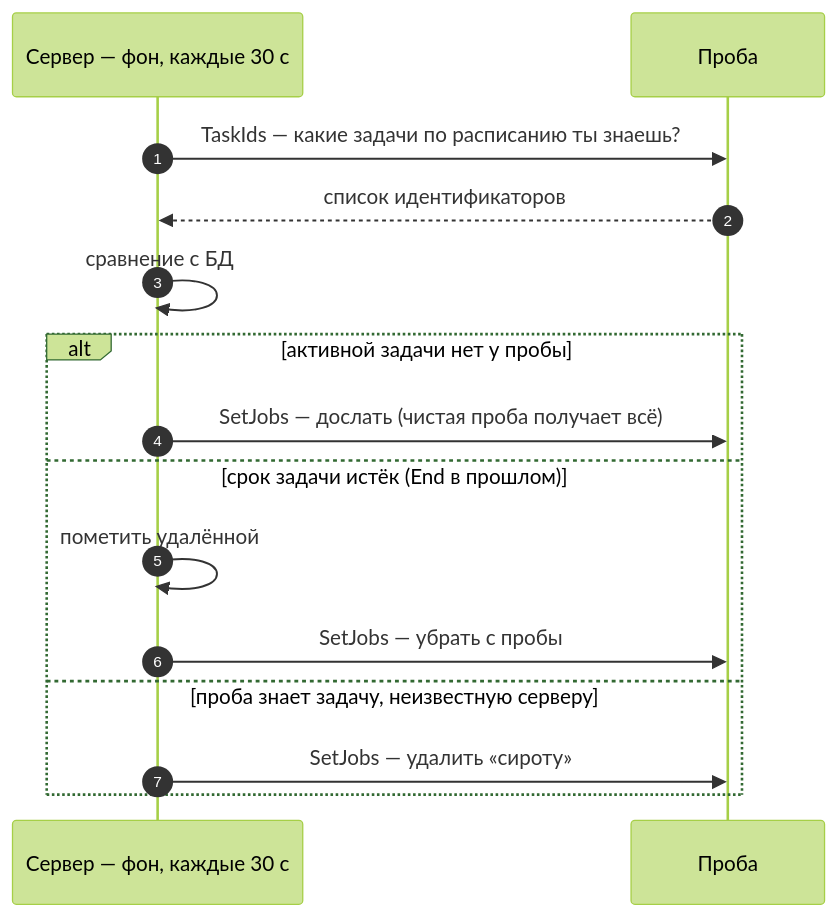
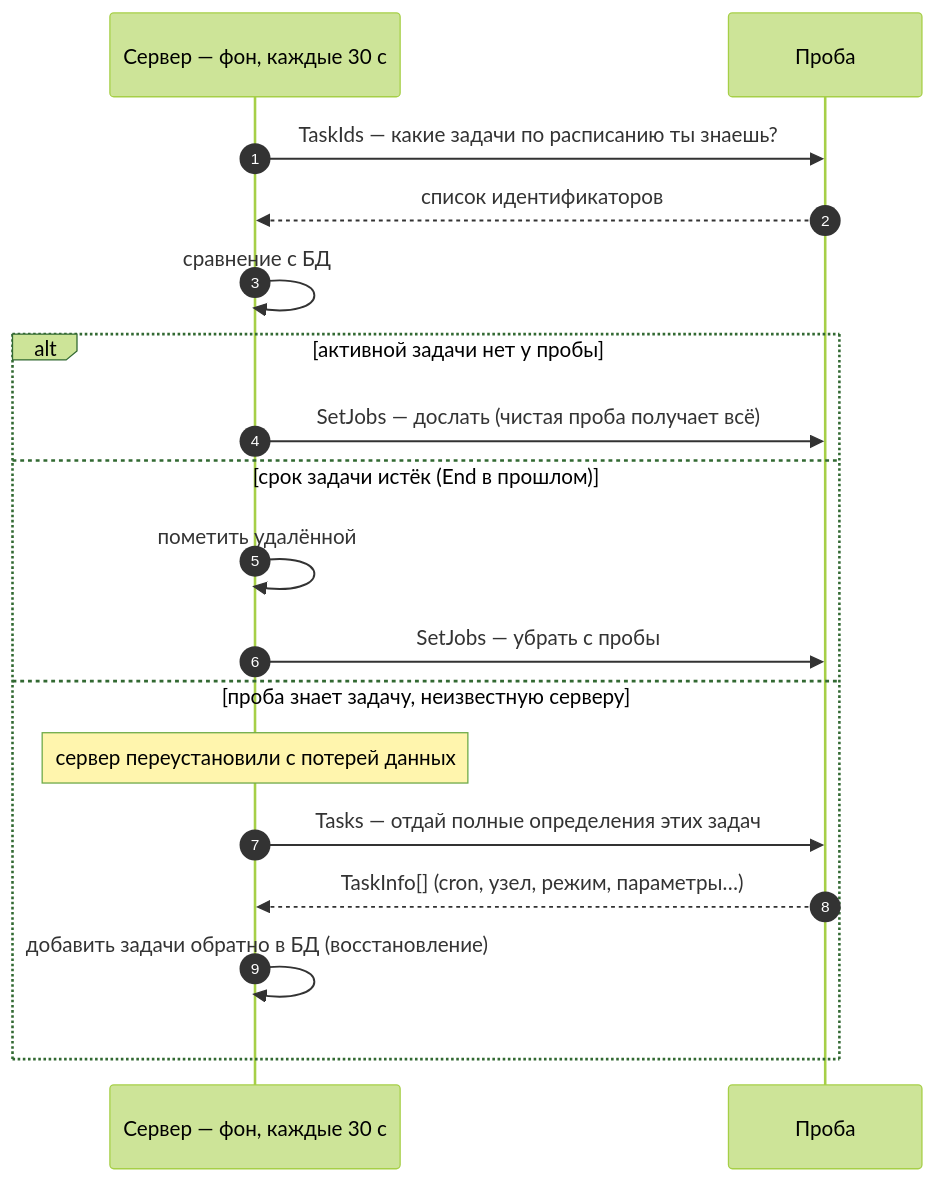
The fifth of 9 diagrams in docs/architecture.md (akprof2000/twamp-probe), drawn with Mermaid (forest theme) before and after one commit. The commit also changed other lines of this file and 14 other files, not shown here.

First line of the commit message:
Восстановление сервера: усыновление задач с пробы вместо их удаления

````diff
--- a/docs/architecture.md
+++ b/docs/architecture.md
@@ -155,19 +155,22 @@
 ```mermaid
 sequenceDiagram
     autonumber
     participant S as Сервер — фон, каждые 30 с
     participant P as Проба
 
     S->>P: TaskIds — какие задачи по расписанию ты знаешь?
     P-->>S: список идентификаторов
     S->>S: сравнение с БД
 
     alt активной задачи нет у пробы
         S->>P: SetJobs — дослать (чистая проба получает всё)
     else срок задачи истёк (End в прошлом)
         S->>S: пометить удалённой
         S->>P: SetJobs — убрать с пробы
     else проба знает задачу, неизвестную серверу
-        S->>P: SetJobs — удалить «сироту»
+        Note over S: сервер переустановили с потерей данных
+        S->>P: Tasks — отдай полные определения этих задач
+        P-->>S: TaskInfo[] (cron, узел, режим, параметры…)
+        S->>S: добавить задачи обратно в БД (восстановление)
     end
 ```
````
